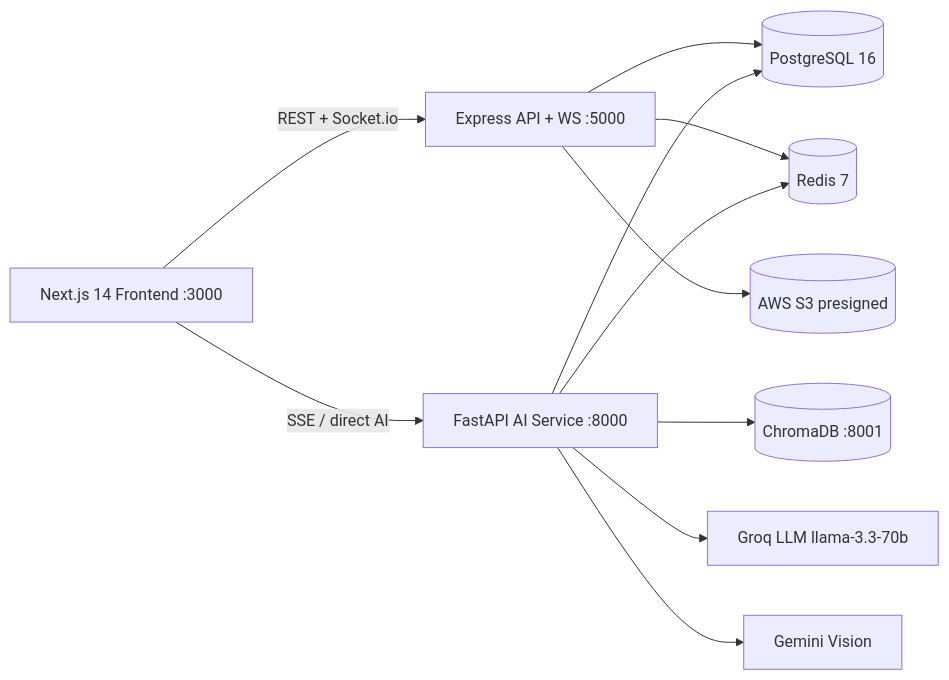
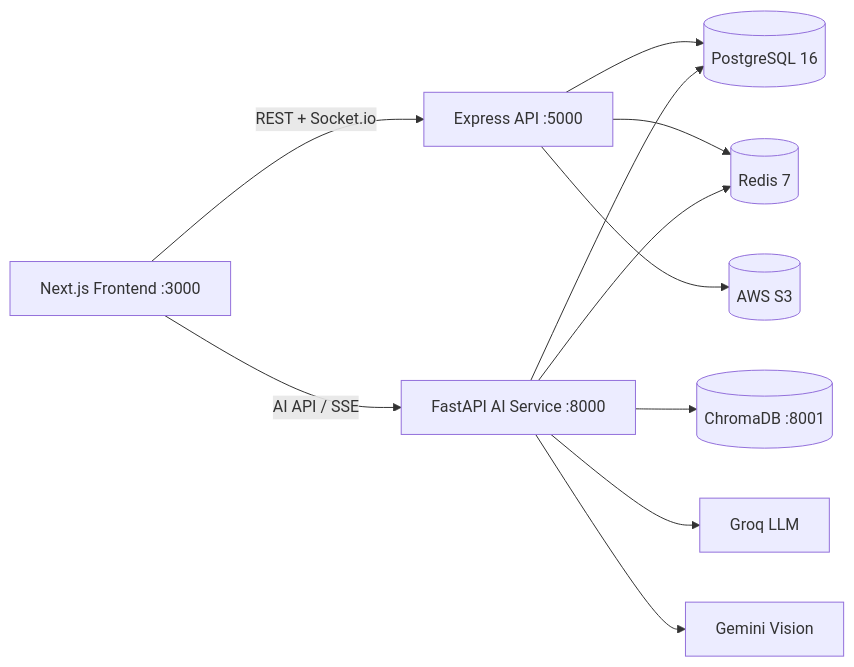
One commit to Prayag-Srivastava/CrimeNetX changed the diagram in README.md. Above: the diagram before and after it, drawn with Mermaid. The commit also changed other lines of this file, not shown here.

````diff
--- a/README.md
+++ b/README.md
@@ -33,13 +104,20 @@
 ```mermaid
 flowchart LR
-    FE[Next.js 14 Frontend :3000] -->|REST + Socket.io| NODE[Express API + WS :5000]
-    FE -->|SSE / direct AI| AI[FastAPI AI Service :8000]
+
+    FE[Next.js Frontend :3000]
+        -->|REST + Socket.io| NODE[Express API :5000]
+
+    FE
+        -->|AI API / SSE| AI[FastAPI AI Service :8000]
+
     NODE --> PG[(PostgreSQL 16)]
     NODE --> RD[(Redis 7)]
-    NODE --> S3[(AWS S3 presigned)]
+    NODE --> S3[(AWS S3)]
+
     AI --> PG
     AI --> CH[(ChromaDB :8001)]
     AI --> RD
-    AI --> GQ[Groq LLM llama-3.3-70b]
+
+    AI --> GQ[Groq LLM]
     AI --> GE[Gemini Vision]
 ```
````
